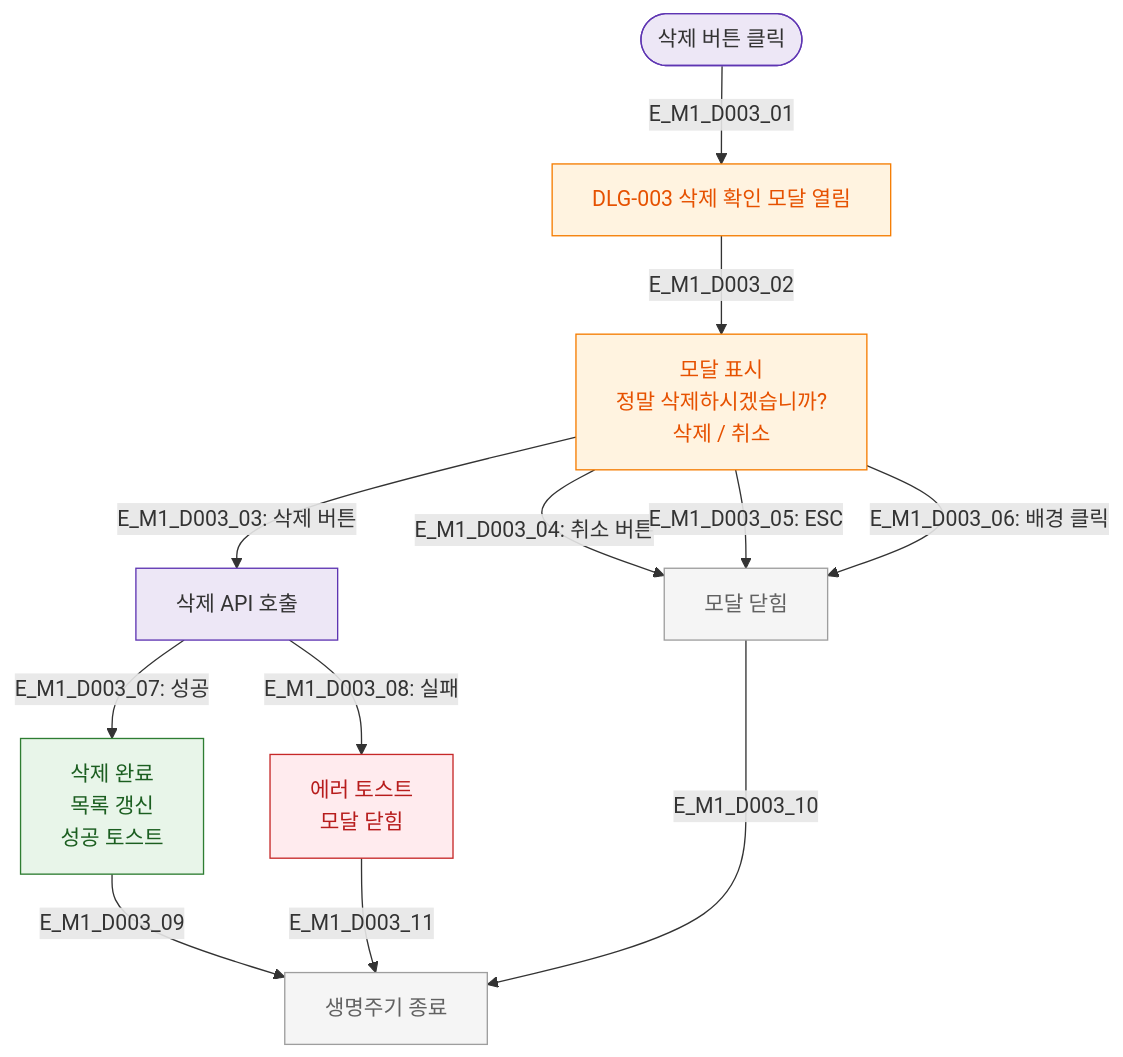
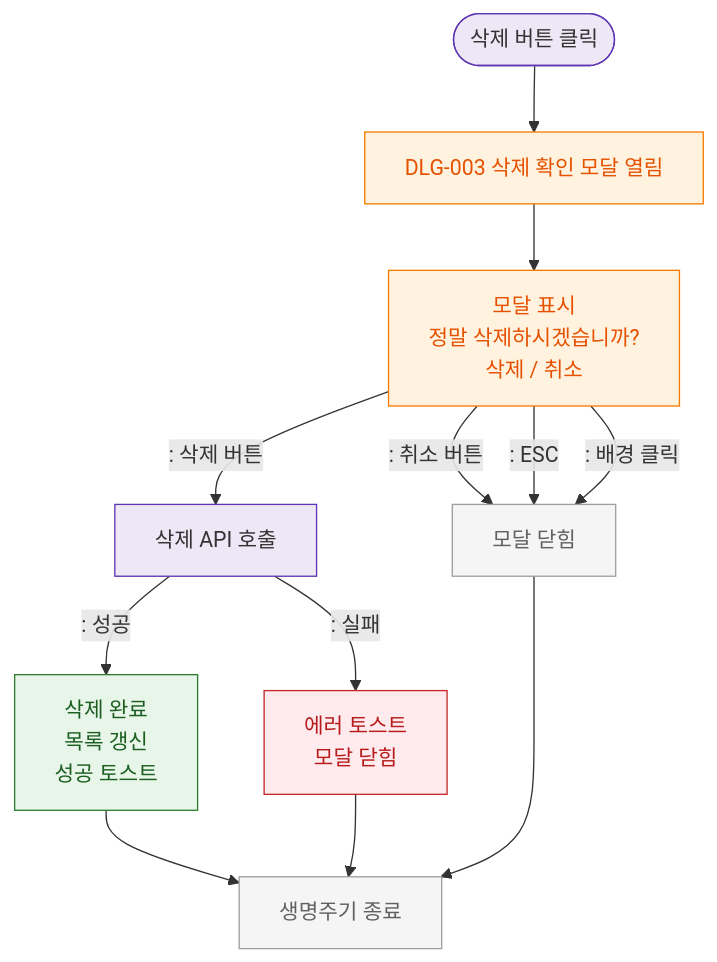
Before and after one commit to dev-spogym/admin-pando: the diagram in docs/다이어그램/D01_공통/DLG/DLG-003_삭제확인/M1_생명주기.md, drawn with Mermaid. The commit also changed other lines of this file and 1660 other files, not shown here.

First line of the commit message:
다이어그램: 기획자/클라이언트 납품본으로 정리

````diff
--- a/docs/다이어그램/D01_공통/DLG/DLG-003_삭제확인/M1_생명주기.md
+++ b/docs/다이어그램/D01_공통/DLG/DLG-003_삭제확인/M1_생명주기.md
@@ -19,29 +17,29 @@
 ```mermaid
 flowchart TD
-    TRIGGER([삭제 버튼 클릭]) -->|E_M1_D003_01| OPEN[DLG-003 삭제 확인 모달 열림]
+    TRIGGER([삭제 버튼 클릭]) --> OPEN[DLG-003 삭제 확인 모달 열림]
 
-    OPEN -->|E_M1_D003_02| DISPLAY[모달 표시\n정말 삭제하시겠습니까?\n삭제 / 취소]
+    OPEN --> DISPLAY[모달 표시\n정말 삭제하시겠습니까?\n삭제 / 취소]
 
-    DISPLAY -->|"E_M1_D003_03: 삭제 버튼"| DELETE_API[삭제 API 호출]
-    DISPLAY -->|"E_M1_D003_04: 취소 버튼"| CANCEL[모달 닫힘]
-    DISPLAY -->|"E_M1_D003_05: ESC"| CANCEL
-    DISPLAY -->|"E_M1_D003_06: 배경 클릭"| CANCEL
+    DISPLAY -->|": 삭제 버튼"|DELETE_API[삭제 API 호출]
+    DISPLAY -->|": 취소 버튼"|CANCEL[모달 닫힘]
+    DISPLAY -->|": ESC"|CANCEL
+    DISPLAY -->|": 배경 클릭"|CANCEL
 
-    DELETE_API -->|"E_M1_D003_07: 성공"| SUCCESS[삭제 완료\n목록 갱신\n성공 토스트]
-    DELETE_API -->|"E_M1_D003_08: 실패"| ERROR[에러 토스트\n모달 닫힘]
+    DELETE_API -->|": 성공"|SUCCESS[삭제 완료\n목록 갱신\n성공 토스트]
+    DELETE_API -->|": 실패"|ERROR[에러 토스트\n모달 닫힘]
 
-    SUCCESS -->|E_M1_D003_09| CLOSED[생명주기 종료]
-    CANCEL -->|E_M1_D003_10| CLOSED
-    ERROR -->|E_M1_D003_11| CLOSED
+    SUCCESS --> CLOSED[생명주기 종료]
+    CANCEL --> CLOSED
+    ERROR --> CLOSED
 
-    classDef modal   fill:#FFF3E0,stroke:#F57C00,color:#E65100
-    classDef system  fill:#EDE7F6,stroke:#5E35B2
+    classDef modal fill:#FFF3E0,stroke:#F57C00,color:#E65100
+    classDef system fill:#EDE7F6,stroke:#5E35B2
     classDef success fill:#E8F5E9,stroke:#2E7D32,color:#1B5E20
-    classDef error   fill:#FFEBEE,stroke:#C62828,color:#B71C1C
+    classDef error fill:#FFEBEE,stroke:#C62828,color:#B71C1C
     classDef rbacBlocked fill:#F5F5F5,stroke:#9E9E9E,color:#616161
     class OPEN,DISPLAY modal
     class TRIGGER,DELETE_API system
     class SUCCESS success
     class ERROR error
     class CANCEL,CLOSED rbacBlocked
 ```
````
